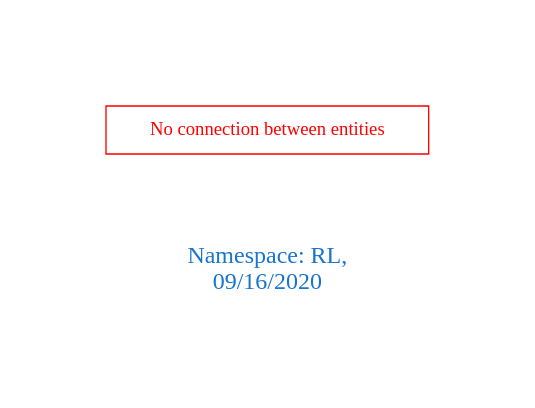
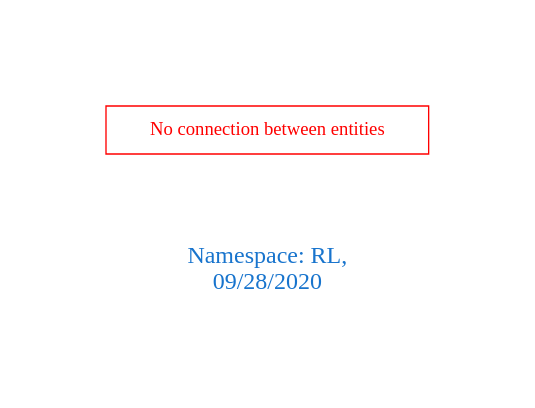
One commit to arago/OGIT changed the diagram in downloads/RL.dot. Above: the diagram before and after it, drawn with Graphviz. The commit also changed 1836 other files, not shown here.

```diff
--- a/downloads/RL.dot
+++ b/downloads/RL.dot
@@ -1,9 +1,9 @@
 digraph OGIT_ontology {
  graph [ rankdir= LR,pad=1 
 fontsize = 18,
-fontcolor= dodgerblue3,label = "\n\n\nNamespace: RL, \n 09/16/2020"];
+fontcolor= dodgerblue3,label = "\n\n\nNamespace: RL, \n 09/28/2020"];
 node[shape=polygon];
 edge [  color="gray81"];
 
 "No connection between entities" [fontcolor = "red",color="red", shape="polygon"]
 }
```
